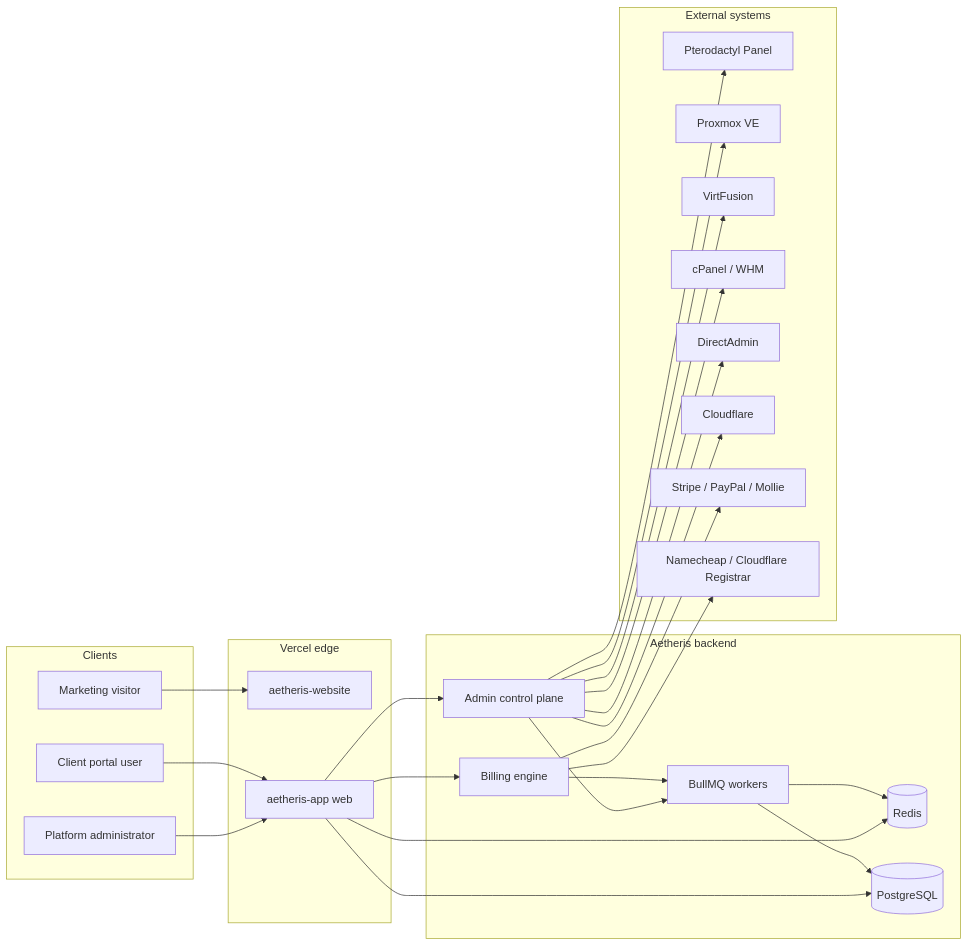
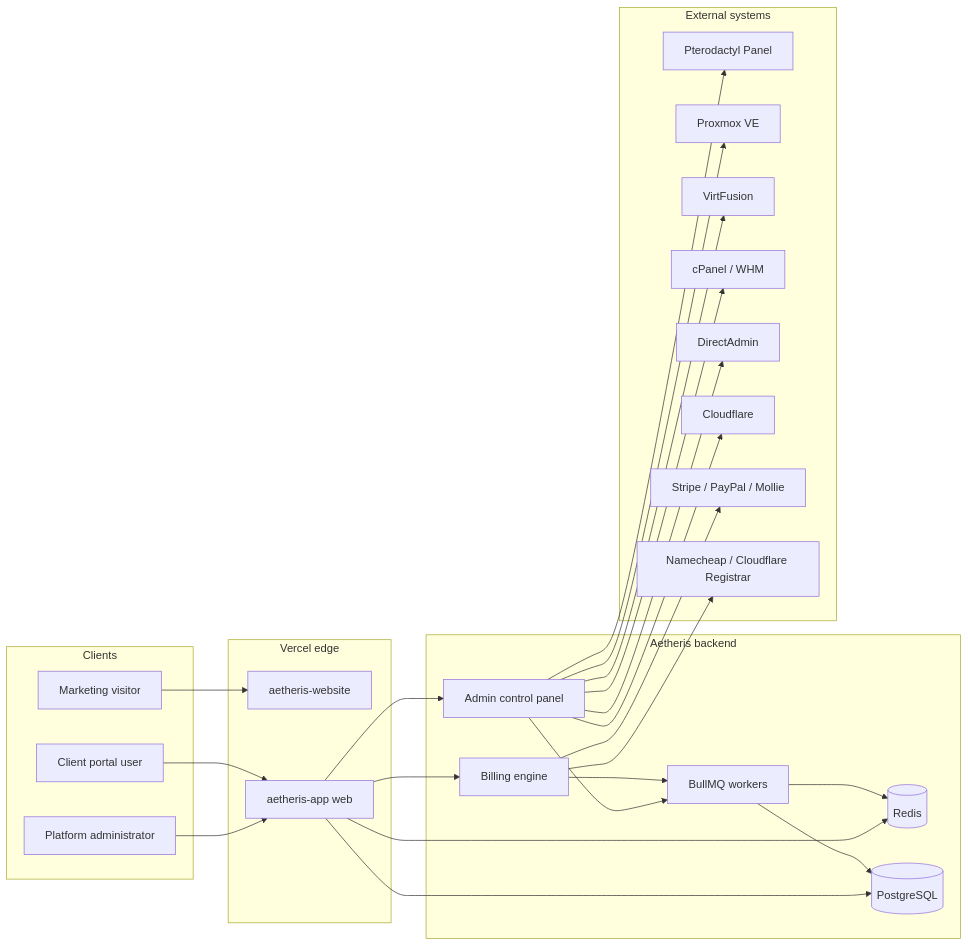
One commit to aetheris-project/aetheris-app changed the first of 3 diagrams in README.md. Above: the diagram before and after it, drawn with Mermaid. The commit also changed other lines of this file and 16 other files, not shown here.

First line of the commit message:
chore: rename control plane to control panel in copy and docs

````diff
--- a/README.md
+++ b/README.md
@@ -34,54 +34,54 @@
 ```mermaid
 flowchart LR
   subgraph Clients
     Visitor[Marketing visitor]
     ClientUser[Client portal user]
     Admin[Platform administrator]
   end
 
   subgraph Vercel[Vercel edge]
     Site[aetheris-website]
     App[aetheris-app web]
   end
 
   subgraph Backend[Aetheris backend]
     Billing[Billing engine]
-    AdminPlane[Admin control plane]
+    AdminPlane[Admin control panel]
     Workers[BullMQ workers]
     Redis[(Redis)]
     Postgres[(PostgreSQL)]
   end
 
   subgraph Providers[External systems]
     Ptero[Pterodactyl Panel]
     PVE[Proxmox VE]
     VF[VirtFusion]
     CPanel[cPanel / WHM]
     DA[DirectAdmin]
     CF[Cloudflare]
     Pay[Stripe / PayPal / Mollie]
     Reg[Namecheap / Cloudflare Registrar]
   end
 
   Visitor --> Site
   ClientUser --> App
   Admin --> App
 
   App --> Billing
   App --> AdminPlane
   Billing --> Workers
   AdminPlane --> Workers
   Workers --> Redis
   Workers --> Postgres
   App --> Postgres
   App --> Redis
 
   AdminPlane --> Ptero
   AdminPlane --> PVE
   AdminPlane --> VF
   AdminPlane --> CPanel
   AdminPlane --> DA
   AdminPlane --> CF
   Billing --> Pay
   Billing --> Reg
 ```
````
